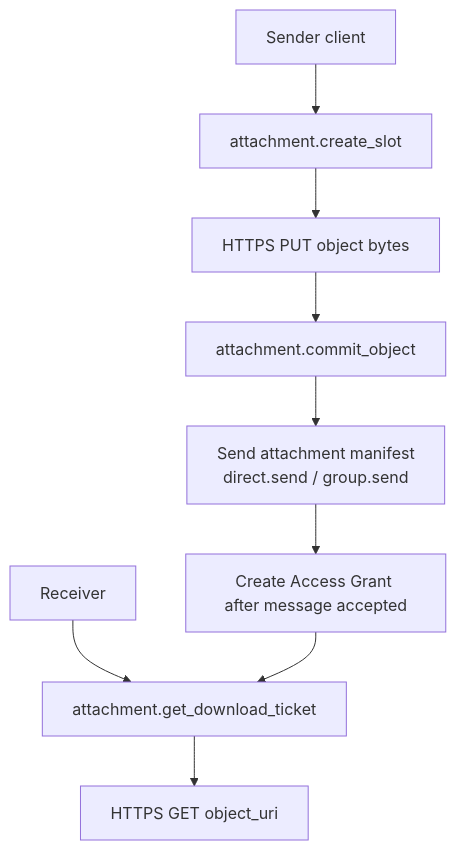
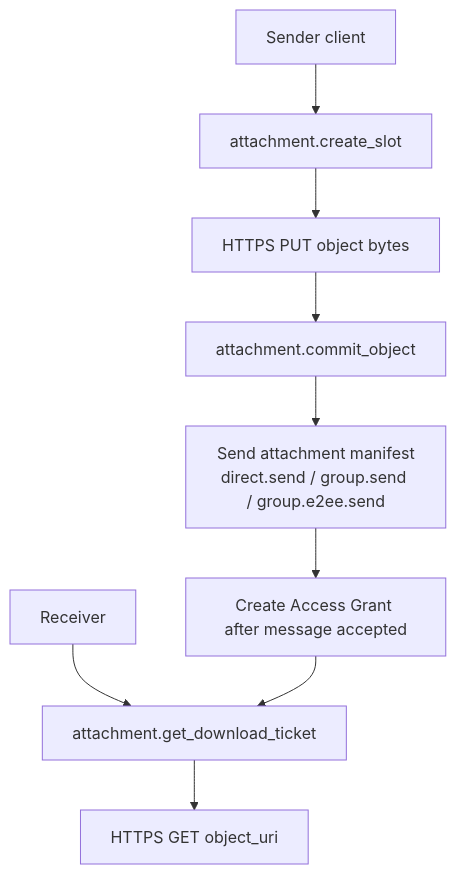
The first of 8 diagrams in message/vnext/07-attachments-and-object-transfer.md (NeatNerdPrime/AgentNetworkProtocol), drawn with Mermaid before and after one commit. The commit also changed other lines of this file and 31 other files, not shown here.

````diff
--- a/message/vnext/07-attachments-and-object-transfer.md
+++ b/message/vnext/07-attachments-and-object-transfer.md
@@ -92,17 +94,17 @@
 ```mermaid
 flowchart TD
 C[Sender client]
 SLOT[attachment.create_slot]
 PUT[HTTPS PUT object bytes]
 COMMIT[attachment.commit_object]
-SEND[Send attachment manifest<br/>direct.send / group.send]
+SEND[Send attachment manifest<br/>direct.send / group.send / group.e2ee.send]
 GRANT[Create Access Grant after message accepted]
 
 R[Receiver]
 TICKET[attachment.get_download_ticket]
 GET[HTTPS GET object_uri]
 
 C --> SLOT --> PUT --> COMMIT --> SEND --> GRANT
 R --> TICKET --> GET
 GRANT --> TICKET
 ```
````
